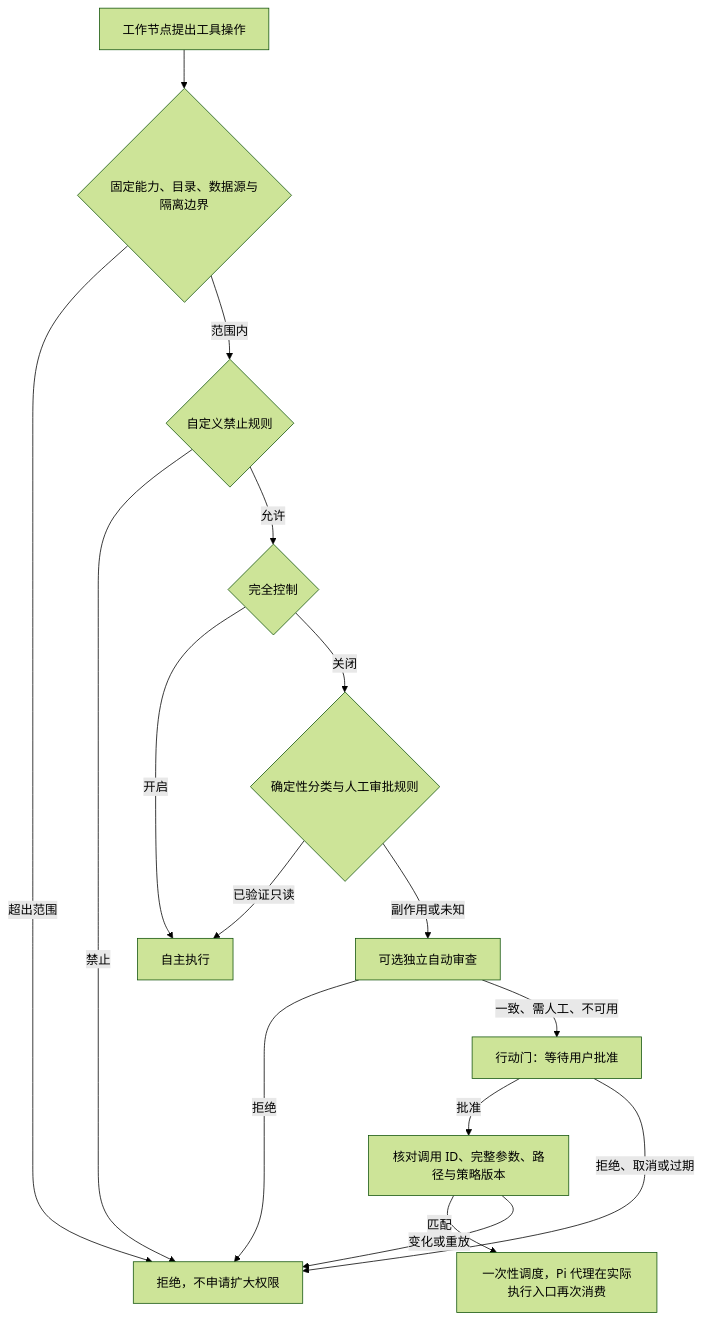
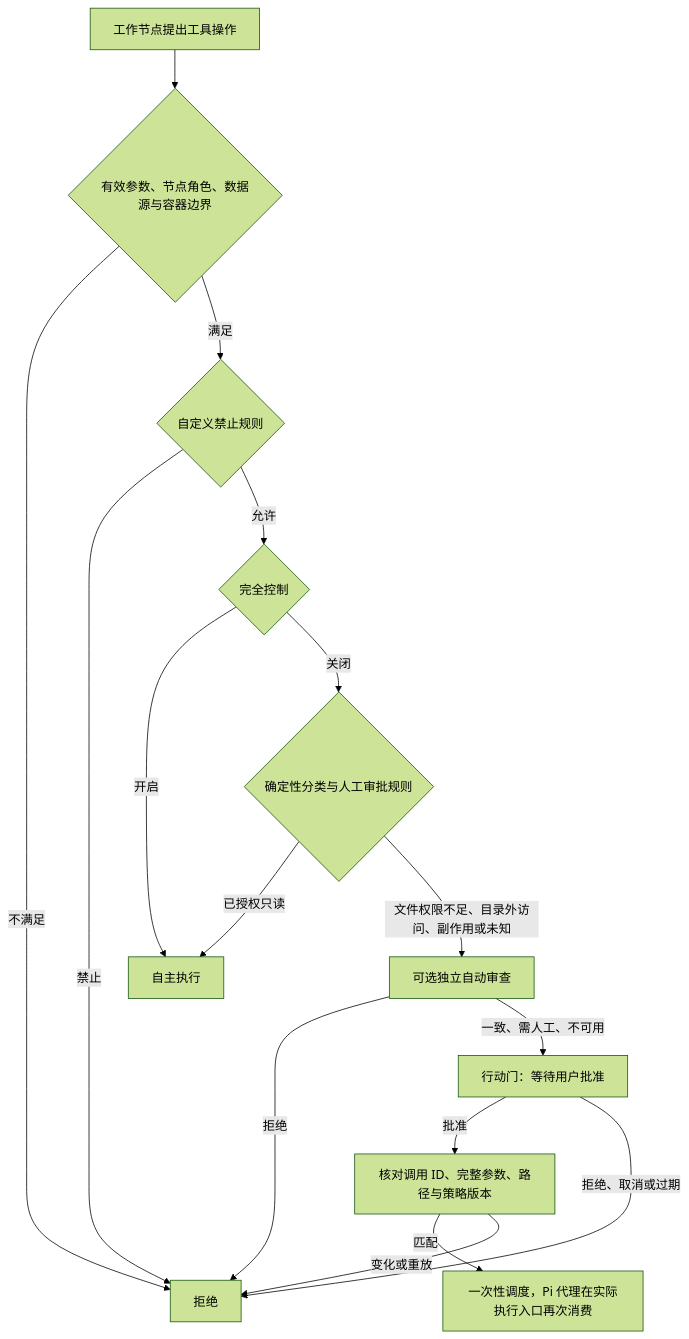
Before and after one commit to Goldgom/craft-agents-oss: the diagram in docs/super-agent/action-gates.md, drawn with Mermaid (forest theme). The commit also changed other lines of this file and 218 other files, not shown here.

````diff
--- a/docs/super-agent/action-gates.md
+++ b/docs/super-agent/action-gates.md
@@ -7,18 +7,18 @@
 ```mermaid
 flowchart TD
-  A[工作节点提出工具操作] --> B{固定能力、目录、数据源与隔离边界}
-  B -->|超出范围| X[拒绝，不申请扩大权限]
-  B -->|范围内| P{自定义禁止规则}
+  A[工作节点提出工具操作] --> B{有效参数、节点角色、数据源与容器边界}
+  B -->|不满足| X[拒绝]
+  B -->|满足| P{自定义禁止规则}
   P -->|禁止| X
   P -->|允许| H{完全控制}
   H -->|开启| R[自主执行]
   H -->|关闭| C{确定性分类与人工审批规则}
-  C -->|已验证只读| R[自主执行]
-  C -->|副作用或未知| D[可选独立自动审查]
+  C -->|已授权只读| R[自主执行]
+  C -->|文件权限不足、目录外访问、副作用或未知| D[可选独立自动审查]
   D -->|拒绝| X
   D -->|一致、需人工、不可用| E[行动门：等待用户批准]
   E -->|批准| F[核对调用 ID、完整参数、路径与策略版本]
   E -->|拒绝、取消或过期| X
   F -->|匹配| G[一次性调度，Pi 代理在实际执行入口再次消费]
   F -->|变化或重放| X
 ```
````
